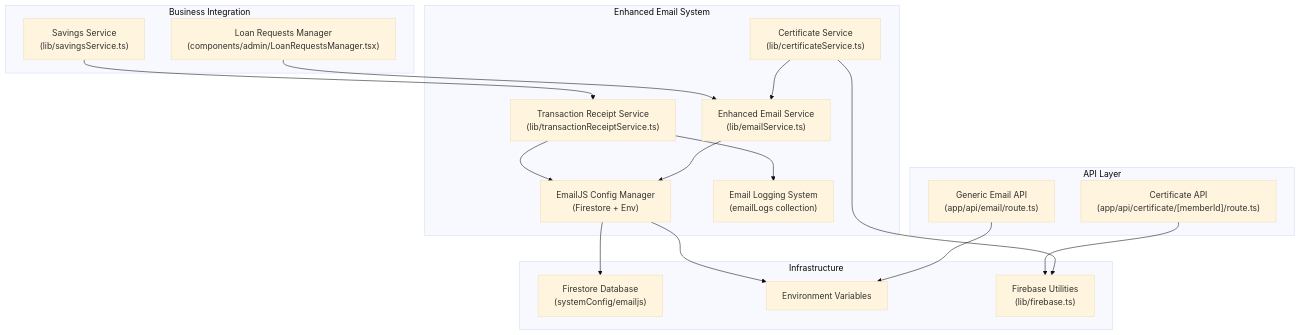
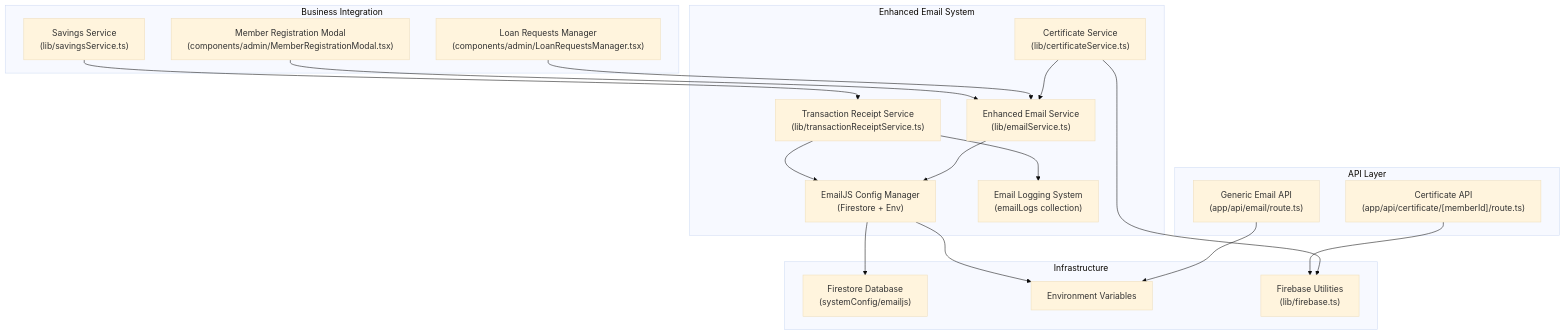
Before and after one commit to Unsure-bry/sampacoop_system: the first of 4 diagrams in .qoder/repowiki/en/content/Email & Notification System/Email & Notification System.md, drawn with Mermaid (base theme). The commit also changed other lines of this file and 3 other files, not shown here.

````diff
--- a/.qoder/repowiki/en/content/Email & Notification System/Email & Notification System.md
+++ b/.qoder/repowiki/en/content/Email & Notification System/Email & Notification System.md
@@ -53,34 +55,36 @@
 ```mermaid
 graph TB
 subgraph "Enhanced Email System"
 EmailSvc["Enhanced Email Service<br/>(lib/emailService.ts)"]
 TxReceipt["Transaction Receipt Service<br/>(lib/transactionReceiptService.ts)"]
 CertGen["Certificate Service<br/>(lib/certificateService.ts)"]
 EmailJSConfig["EmailJS Config Manager<br/>(Firestore + Env)"]
 EmailLogs["Email Logging System<br/>(emailLogs collection)"]
 end
 subgraph "API Layer"
 EmailAPI["Generic Email API<br/>(app/api/email/route.ts)"]
 CertRoute["Certificate API<br/>(app/api/certificate/[memberId]/route.ts)"]
 end
 subgraph "Business Integration"
 LoanMgr["Loan Requests Manager<br/>(components/admin/LoanRequestsManager.tsx)"]
 SavingsSvc["Savings Service<br/>(lib/savingsService.ts)"]
+MemberReg["Member Registration Modal<br/>(components/admin/MemberRegistrationModal.tsx)"]
 end
 subgraph "Infrastructure"
 Firestore["Firestore Database<br/>(systemConfig/emailjs)"]
 Env["Environment Variables<br/>"]
 Firebase["Firebase Utilities<br/>(lib/firebase.ts)"]
 end
 EmailSvc --> EmailJSConfig
 TxReceipt --> EmailJSConfig
 TxReceipt --> EmailLogs
 CertGen --> Firebase
 CertGen --> EmailSvc
 LoanMgr --> EmailSvc
 SavingsSvc --> TxReceipt
+MemberReg --> EmailSvc
 EmailAPI --> Env
 CertRoute --> Firebase
 EmailJSConfig --> Firestore
 EmailJSConfig --> Env
 ```
````
